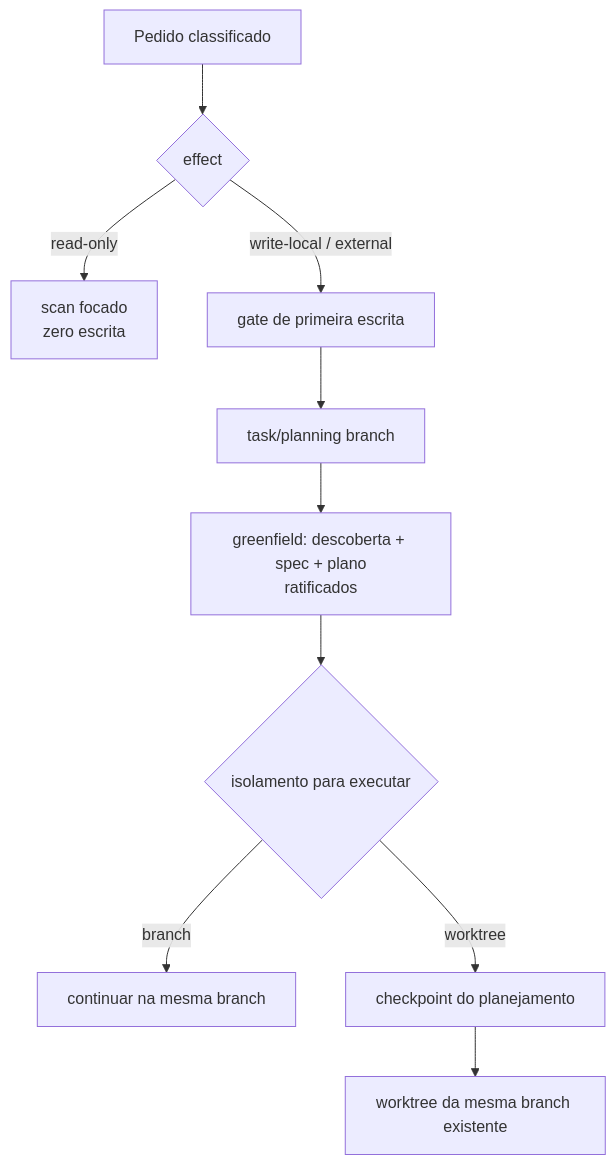
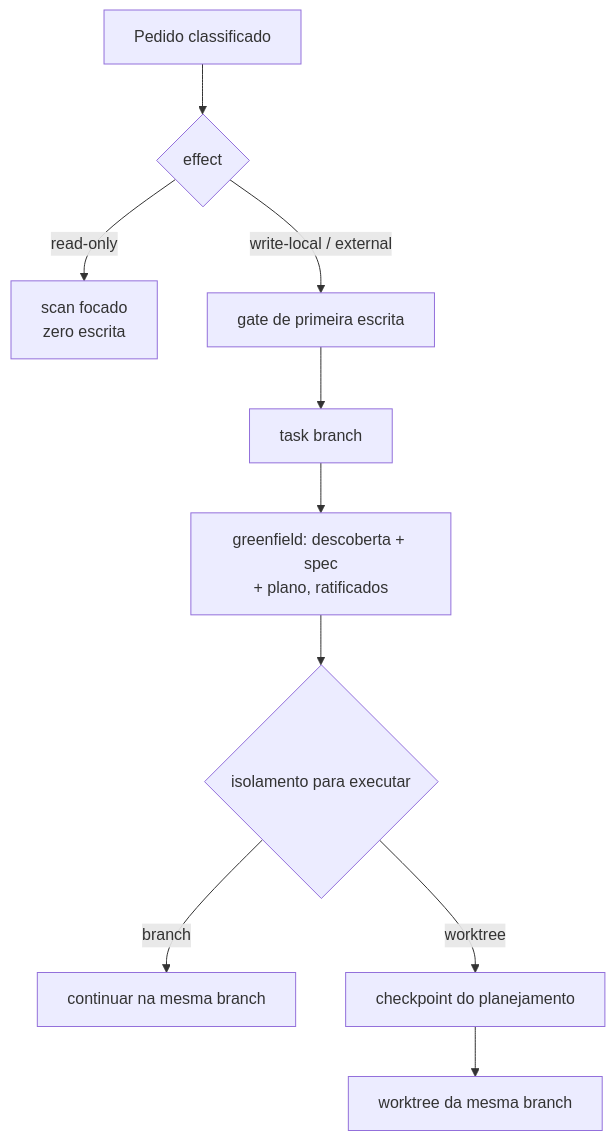
One commit to rpelizza/PelizzAI changed the fifth of 8 diagrams in README.md. Above: the diagram before and after it, drawn with Mermaid. The commit also changed other lines of this file and 1 other file, not shown here.

````diff
--- a/README.md
+++ b/README.md
@@ -183,12 +207,12 @@
 ```mermaid
 flowchart TD
     D["Pedido classificado"] --> Q{"effect"}
     Q -- "read-only" --> S["scan focado<br/>zero escrita"]
     Q -- "write-local / external" --> G["gate de primeira escrita"]
-    G --> B["task/planning branch"]
-    B --> P["greenfield: descoberta + spec + plano<br/>ratificados"]
+    G --> B["task branch"]
+    B --> P["greenfield: descoberta + spec<br/>+ plano, ratificados"]
     P --> I{"isolamento para executar"}
     I -- "branch" --> SAME["continuar na mesma branch"]
     I -- "worktree" --> CP["checkpoint do planejamento"]
-    CP --> WT["worktree da mesma branch existente"]
+    CP --> WT["worktree da mesma branch"]
 ```
````
